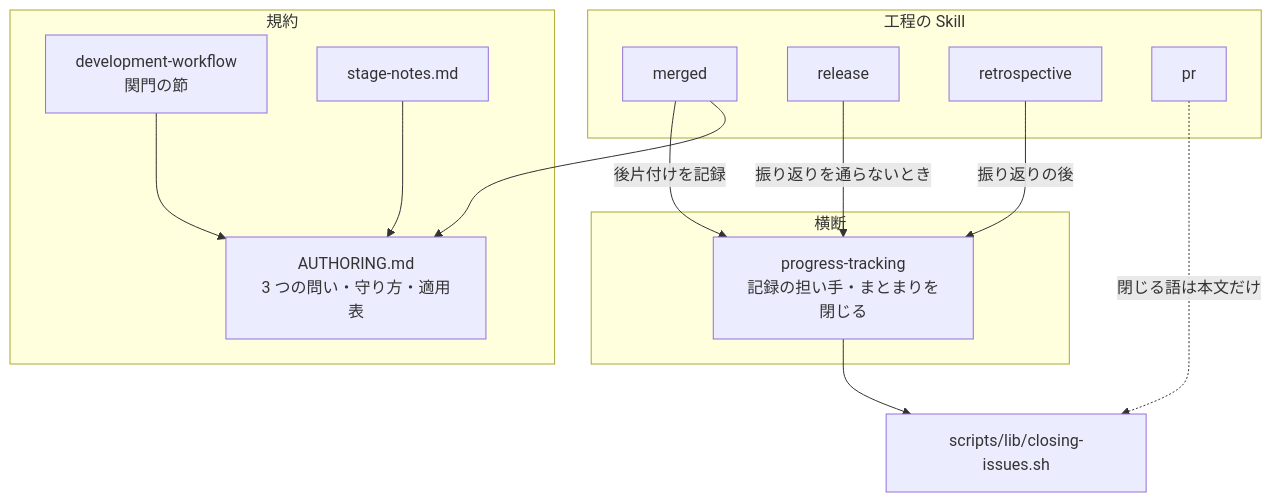
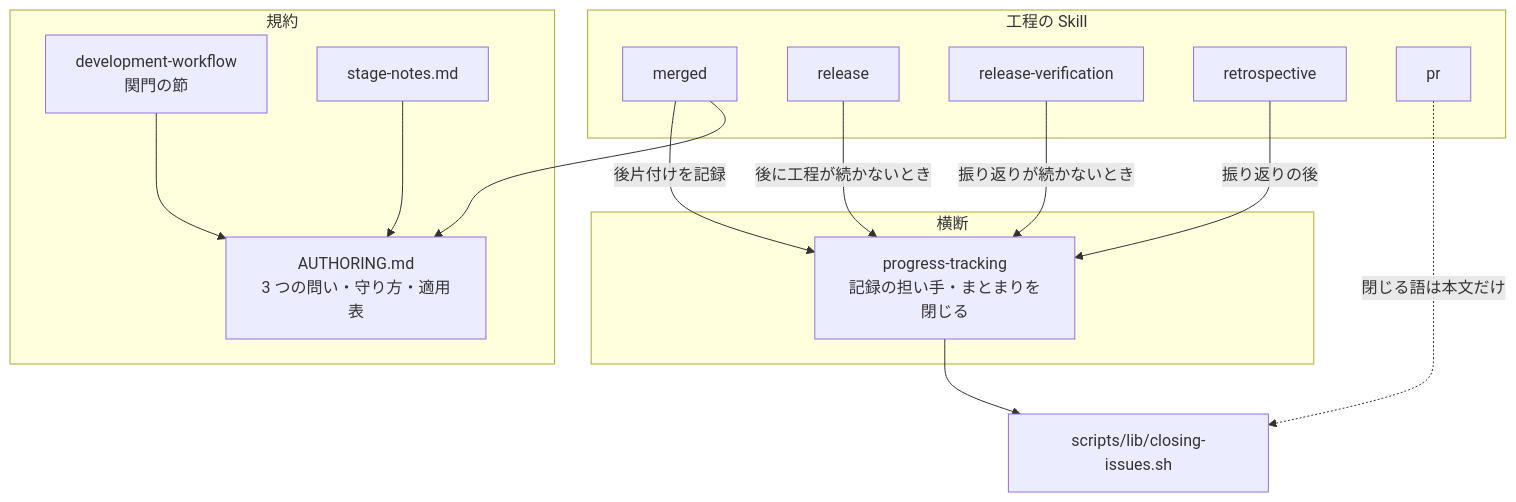
The first of 5 diagrams in issues/issue-561-623-design.md (devbasex/ai-plugins), drawn with Mermaid before and after one commit. The commit also changed other lines of this file and 1 other file, not shown here.

````diff
--- a/issues/issue-561-623-design.md
+++ b/issues/issue-561-623-design.md
@@ -39,26 +40,28 @@
 ```mermaid
 graph TD
   subgraph 規約
     AU[AUTHORING.md<br/>3 つの問い・守り方・適用表]
     DW[development-workflow<br/>関門の節]
     SN[stage-notes.md]
   end
   subgraph 工程の Skill
     MG[merged]
     RL[release]
+    RV[release-verification]
     RT[retrospective]
     PR[pr]
   end
   subgraph 横断
     PT[progress-tracking<br/>記録の担い手・まとまりを閉じる]
   end
   CI[scripts/lib/closing-issues.sh]
   DW --> AU
   SN --> AU
   MG --> AU
   MG -->|後片付けを記録| PT
-  RL -->|振り返りを通らないとき| PT
+  RL -->|後に工程が続かないとき| PT
+  RV -->|振り返りが続かないとき| PT
   RT -->|振り返りの後| PT
   PT --> CI
   PR -.->|閉じる語は本文だけ| CI
 ```
````
